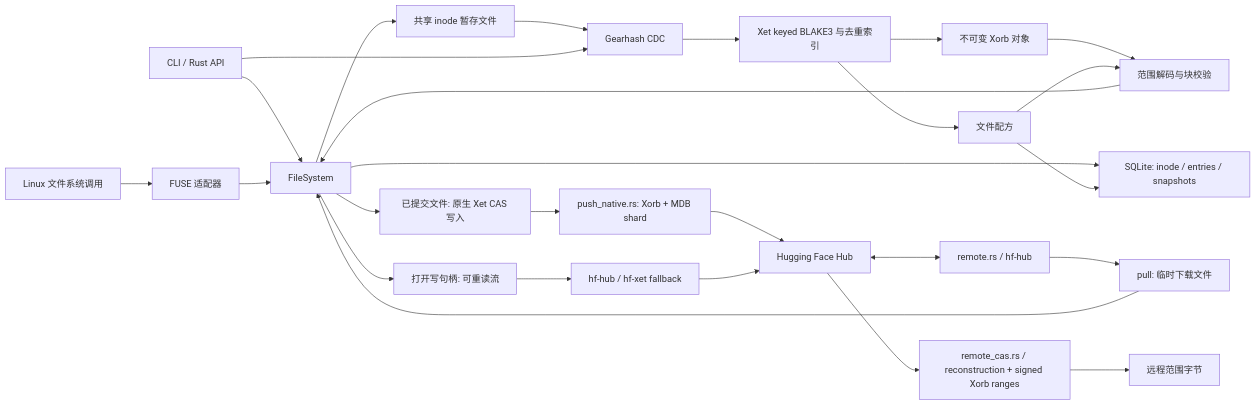
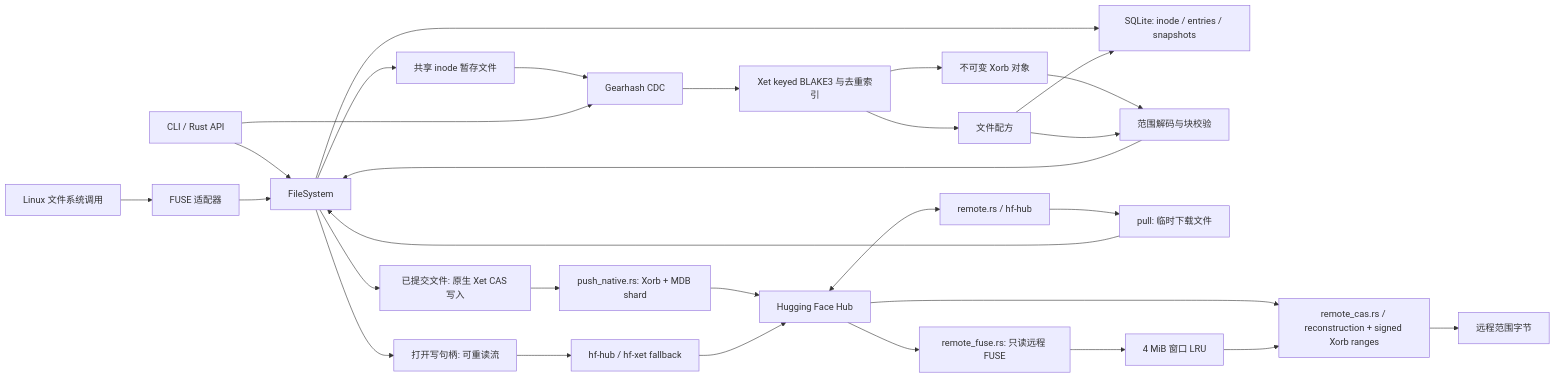
Before and after one commit to trotsky1997/xetfs: the diagram in ARCHITECTURE.md, drawn with Mermaid. The commit also changed other lines of this file and 13 other files, not shown here.

Commit message:
Add on-demand remote Xet FUSE mount

````diff
--- a/ARCHITECTURE.md
+++ b/ARCHITECTURE.md
@@ -7,28 +7,31 @@
 ```mermaid
 flowchart LR
   A[Linux 文件系统调用] --> B[FUSE 适配器]
   C[CLI / Rust API] --> D[FileSystem]
   B --> D
   D --> E[共享 inode 暂存文件]
   E --> F[Gearhash CDC]
   C --> F
   F --> G[Xet keyed BLAKE3 与去重索引]
   G --> H[不可变 Xorb 对象]
   G --> I[文件配方]
   D --> J[SQLite: inode / entries / snapshots]
   I --> J
   H --> K[范围解码与块校验]
   I --> K
   K --> D
   L[Hugging Face Hub] <--> M[remote.rs / hf-hub]
   M --> N[pull: 临时下载文件]
   N --> D
   D --> Q[已提交文件: 原生 Xet CAS 写入]
   Q --> R[push_native.rs: Xorb + MDB shard]
   R --> L
   D --> S[打开写句柄: 可重读流]
   S --> T[hf-hub / hf-xet fallback]
   T --> L
   L --> O[remote_cas.rs / reconstruction + signed Xorb ranges]
   O --> P[远程范围字节]
+  L --> U[remote_fuse.rs: 只读远程 FUSE]
+  U --> V[4 MiB 窗口 LRU]
+  V --> O
 ```
````
